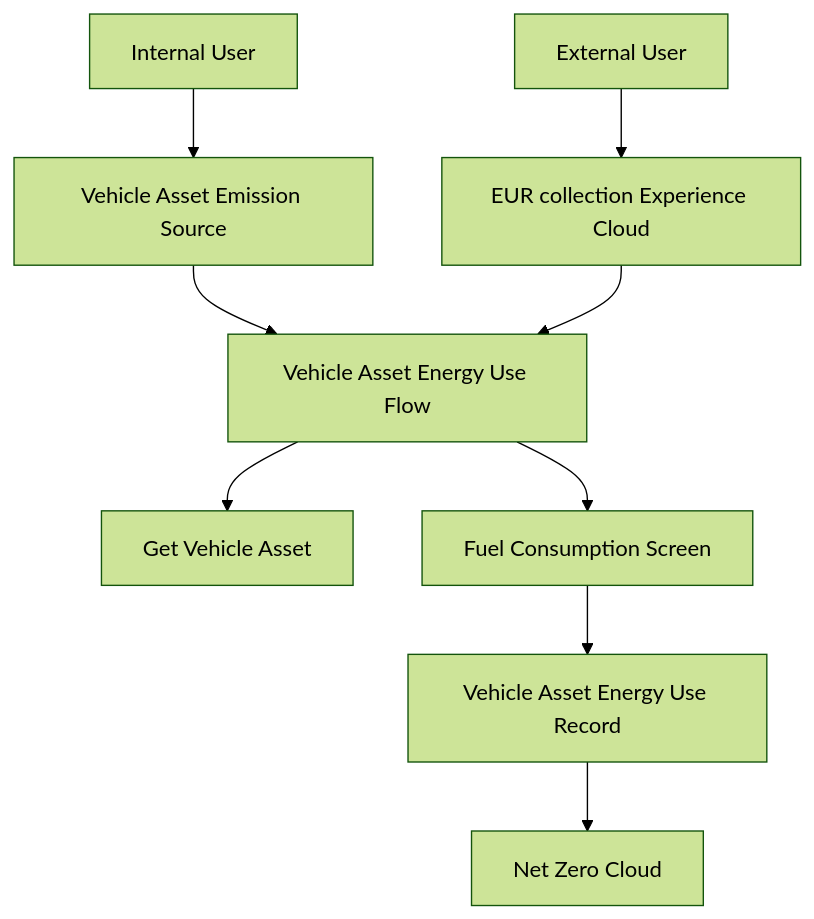
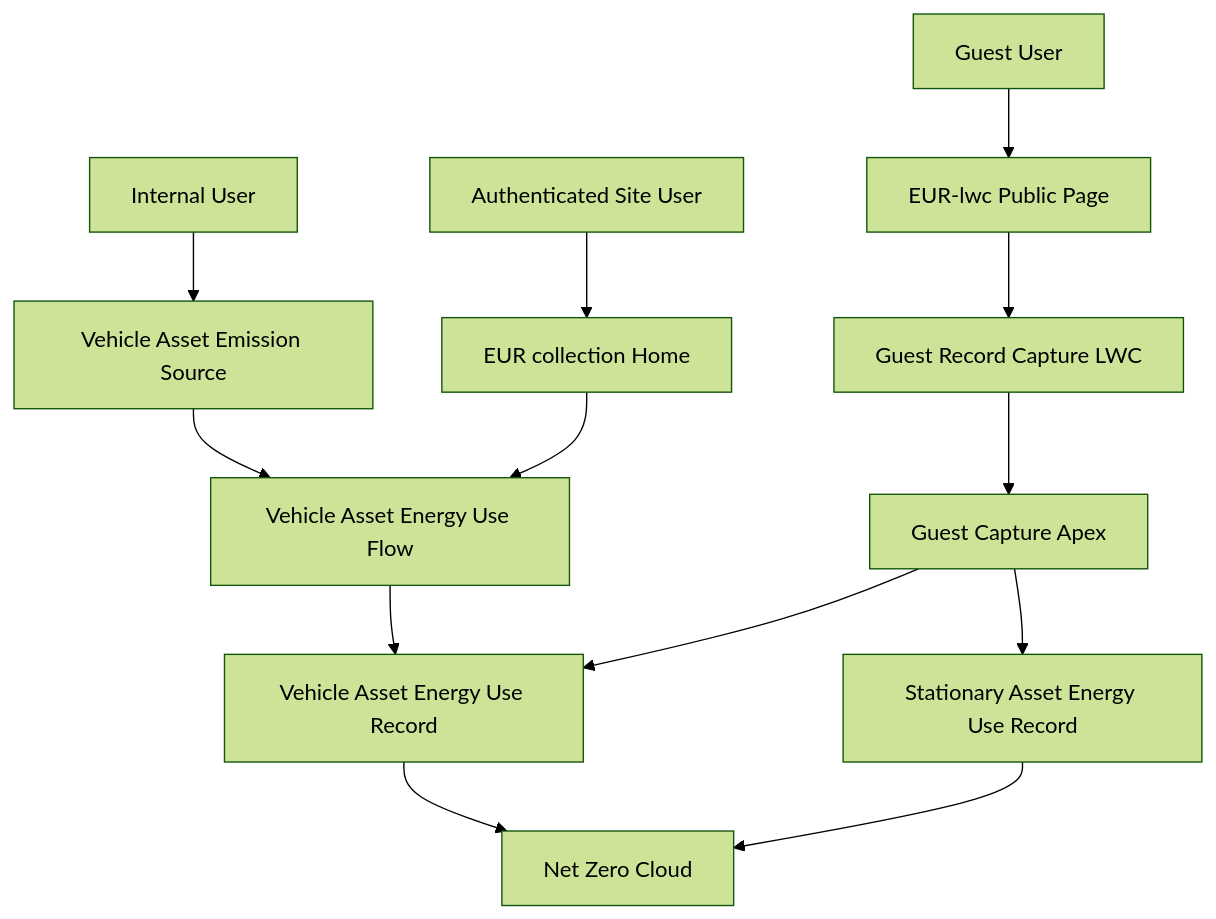
The diagram in README.md (carlosvl/VehicleEnergyUseFlow-NZC), drawn with Mermaid (forest theme) before and after one commit. The commit also changed other lines of this file and 67 other files, not shown here.

First line of the commit message:
Add config-driven guest capture for vehicle and stationary energy use.

````diff
--- a/README.md
+++ b/README.md
@@ -186,11 +216,15 @@
 ```mermaid
 graph TB
     A[Internal User] --> B[Vehicle Asset Emission Source]
     B --> C[Vehicle Asset Energy Use Flow]
-    D[External User] --> E[EUR collection Experience Cloud]
+    D[Authenticated Site User] --> E[EUR collection Home]
     E --> C
-    C --> F[Get Vehicle Asset]
-    C --> G[Fuel Consumption Screen]
-    G --> H[Vehicle Asset Energy Use Record]
-    H --> I[Net Zero Cloud]
+    F[Guest User] --> G[EUR-lwc Public Page]
+    G --> H[Guest Record Capture LWC]
+    H --> I[Guest Capture Apex]
+    C --> J[Vehicle Asset Energy Use Record]
+    I --> J
+    I --> L[Stationary Asset Energy Use Record]
+    J --> K[Net Zero Cloud]
+    L --> K
 ```
````
